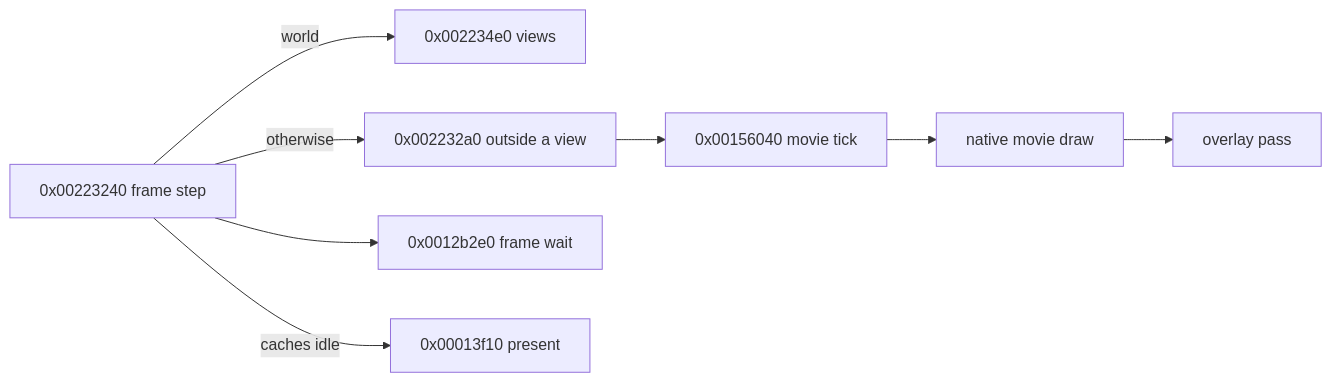
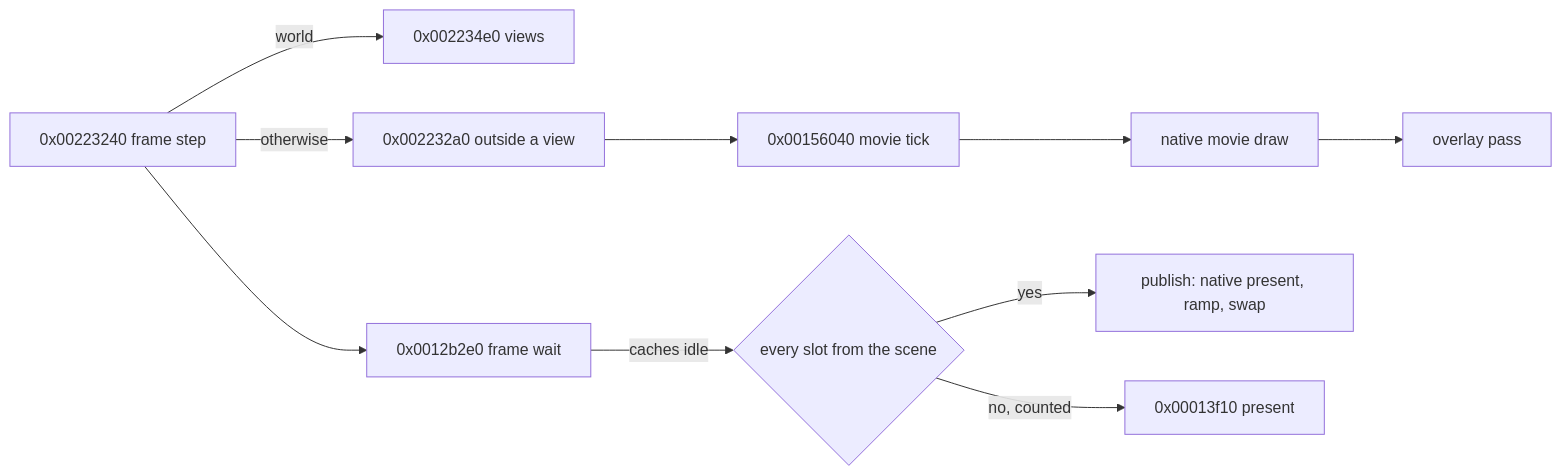
Before and after one commit to 0xdeafcafe/h2r: the diagram in docs/graphics/retire-d3d-display.md, drawn with Mermaid. The commit also changed other lines of this file and 10 other files, not shown here.

First line of the commit message:
R8 publish: a frame with every slot from the scene presents natively, the guest's present skipped; a carried slot keeps it, counted by name

````diff
--- a/docs/graphics/retire-d3d-display.md
+++ b/docs/graphics/retire-d3d-display.md
@@ -9,10 +9,12 @@
 ```mermaid
 flowchart LR
   F[0x00223240 frame step] -->|world| V[0x002234e0 views]
   F -->|otherwise| O[0x002232a0 outside a view]
   O --> M[0x00156040 movie tick]
   M --> D[native movie draw]
   D --> OV[overlay pass]
   F --> W[0x0012b2e0 frame wait]
-  F -->|caches idle| P[0x00013f10 present]
+  W -->|caches idle| PB{every slot from the scene}
+  PB -->|yes| N[publish: native present, ramp, swap]
+  PB -->|no, counted| P[0x00013f10 present]
 ```
````
